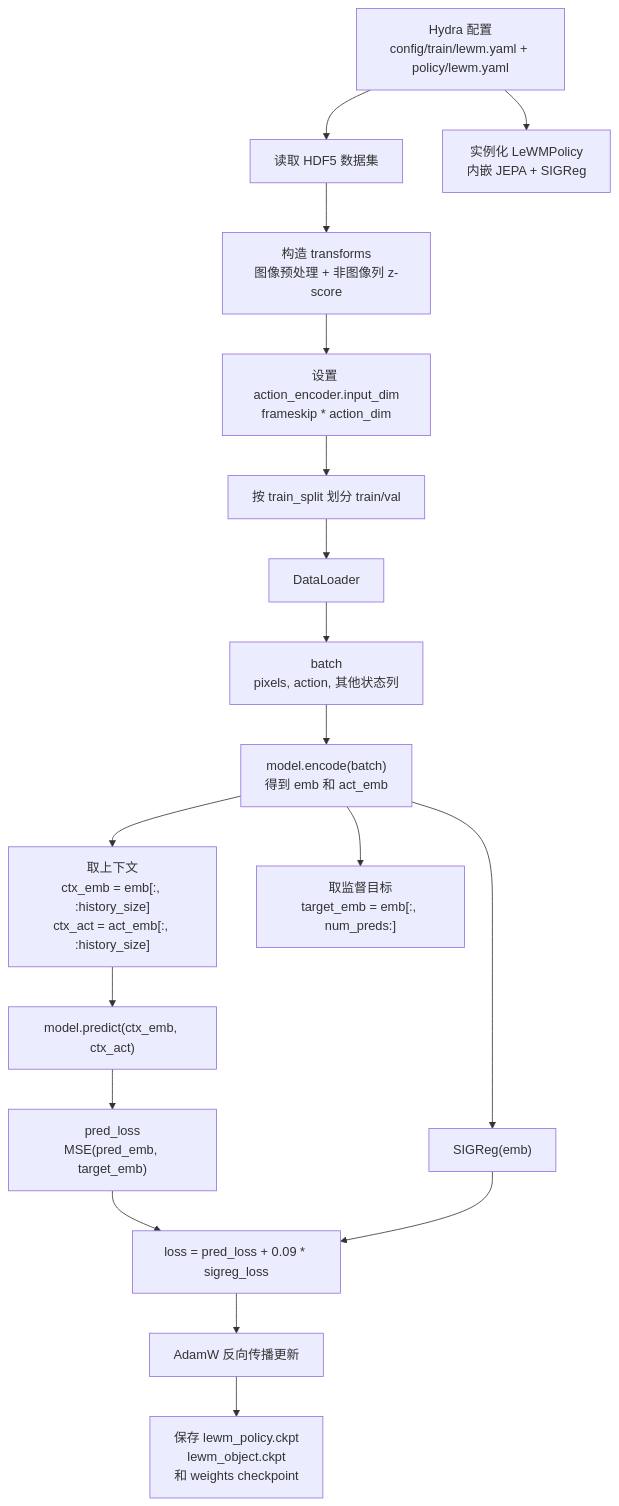
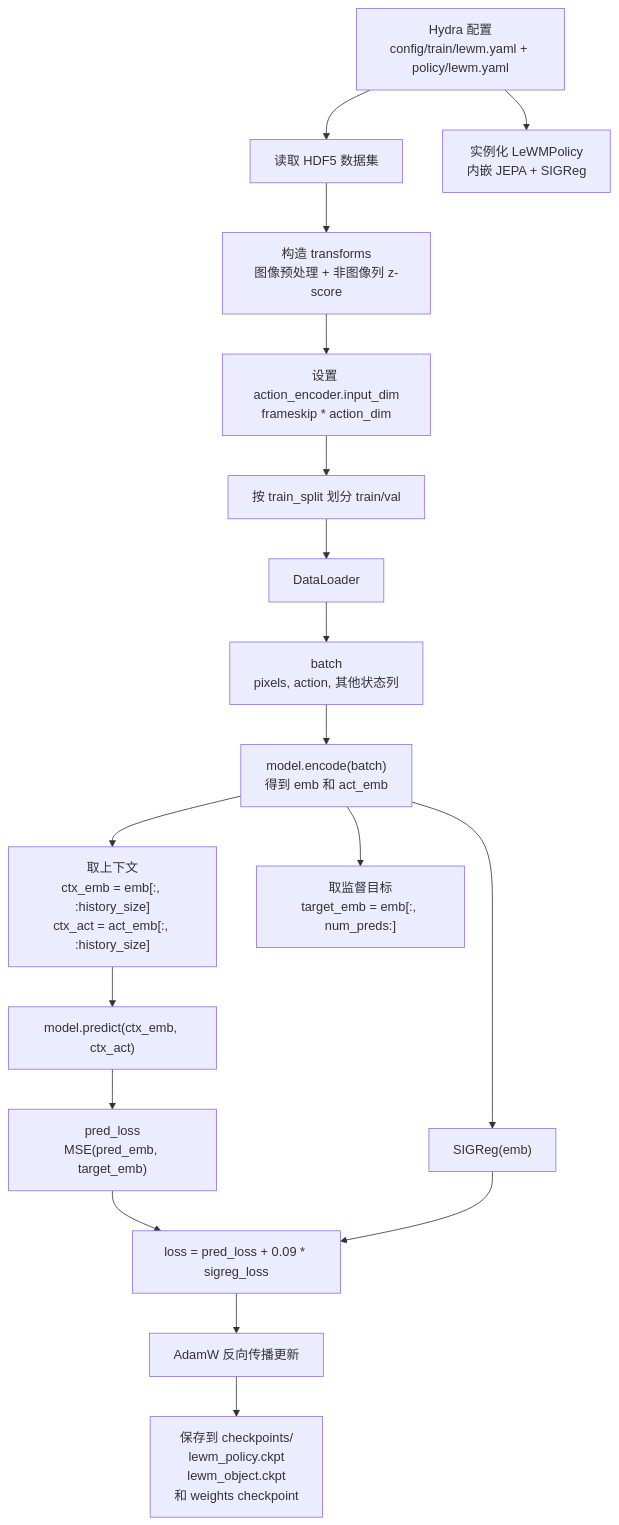
Before and after one commit to 040822/le-wm: the second of 5 diagrams in docs/leworldmodel_diagrams.md, drawn with Mermaid. The commit also changed other lines of this file and 12 other files, not shown here.

````diff
--- a/docs/leworldmodel_diagrams.md
+++ b/docs/leworldmodel_diagrams.md
@@ -40,22 +40,22 @@
 ```mermaid
 flowchart TD
     CFG["Hydra 配置<br/>config/train/lewm.yaml + policy/lewm.yaml"] --> DATA["读取 HDF5 数据集"]
     DATA --> TF["构造 transforms<br/>图像预处理 + 非图像列 z-score"]
     TF --> ADIM["设置 action_encoder.input_dim<br/>frameskip * action_dim"]
     ADIM --> SPLIT["按 train_split 划分 train/val"]
     SPLIT --> DL["DataLoader"]
 
     CFG --> MODEL["实例化 LeWMPolicy<br/>内嵌 JEPA + SIGReg"]
     DL --> BATCH["batch<br/>pixels, action, 其他状态列"]
     BATCH --> ENC["model.encode(batch)<br/>得到 emb 和 act_emb"]
 
     ENC --> CTX["取上下文<br/>ctx_emb = emb[:, :history_size]<br/>ctx_act = act_emb[:, :history_size]"]
     ENC --> TGT["取监督目标<br/>target_emb = emb[:, num_preds:]"]
     CTX --> PR["model.predict(ctx_emb, ctx_act)"]
     PR --> PL["pred_loss<br/>MSE(pred_emb, target_emb)"]
     ENC --> SR["SIGReg(emb)"]
     PL --> SUM["loss = pred_loss + 0.09 * sigreg_loss"]
     SR --> SUM
     SUM --> OPT["AdamW 反向传播更新"]
-    OPT --> CKPT["保存 lewm_policy.ckpt<br/>lewm_object.ckpt<br/>和 weights checkpoint"]
+    OPT --> CKPT["保存到 checkpoints/<br/>lewm_policy.ckpt<br/>lewm_object.ckpt<br/>和 weights checkpoint"]
 ```
````
